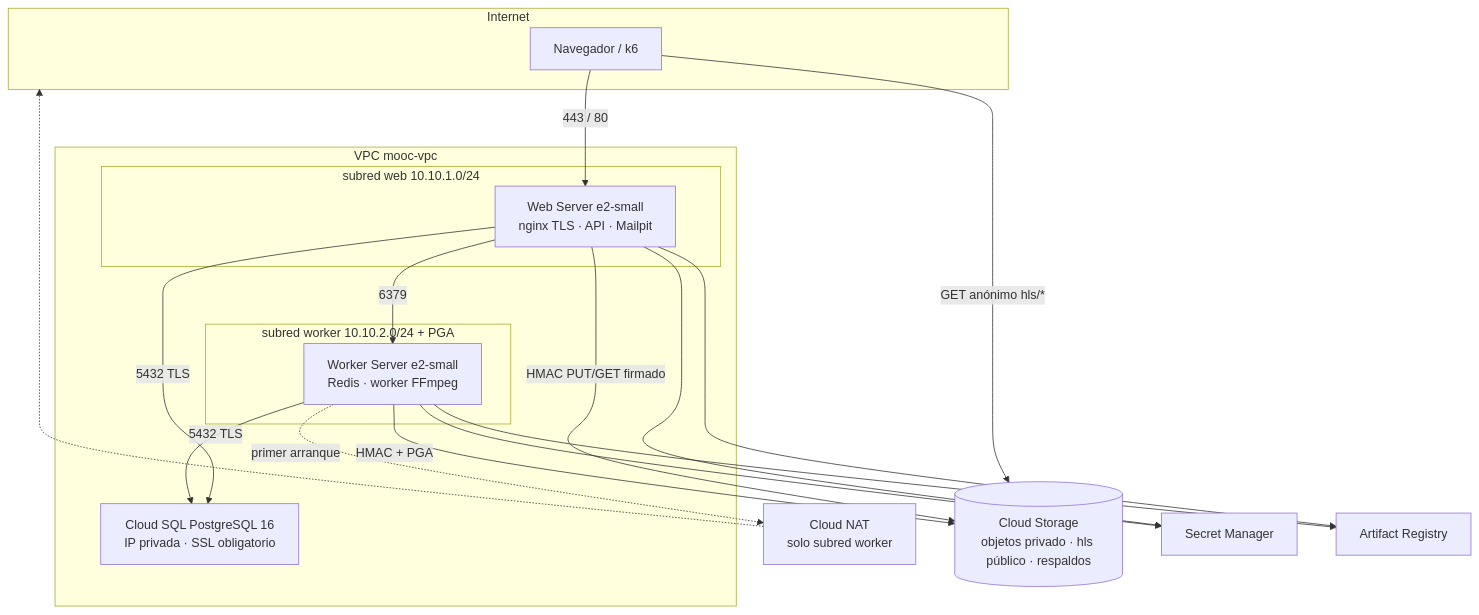
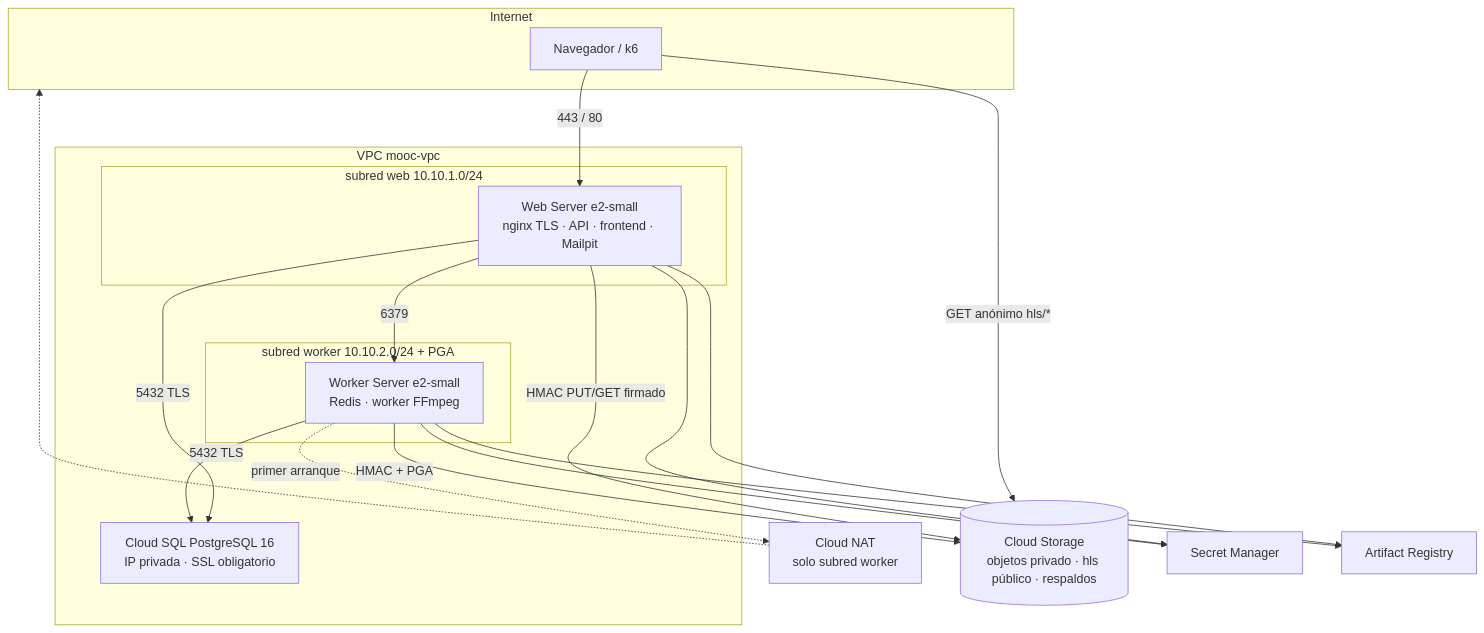
Before and after one commit to DES-SOLUCIONES-CLOUD/proyecto-1: the diagram in docs/entrega2/despliegue.md, drawn with Mermaid. The commit also changed 14 other files, not shown here.

````diff
--- a/docs/entrega2/despliegue.md
+++ b/docs/entrega2/despliegue.md
@@ -6,32 +6,32 @@
 ```mermaid
 flowchart TB
   subgraph Internet
     U[Navegador / k6]
   end
   subgraph VPC["VPC mooc-vpc"]
     subgraph SW["subred web 10.10.1.0/24"]
-      WEB["Web Server e2-small<br/>nginx TLS · API · Mailpit"]
+      WEB["Web Server e2-small<br/>nginx TLS · API · frontend · Mailpit"]
     end
     subgraph SK["subred worker 10.10.2.0/24 + PGA"]
       WRK["Worker Server e2-small<br/>Redis · worker FFmpeg"]
     end
     SQL["Cloud SQL PostgreSQL 16<br/>IP privada · SSL obligatorio"]
   end
   NAT["Cloud NAT<br/>solo subred worker"]
   GCS[("Cloud Storage<br/>objetos privado · hls público · respaldos")]
   SM[Secret Manager]
   AR[Artifact Registry]
   U -->|443 / 80| WEB
   WEB -->|6379| WRK
   WEB -->|5432 TLS| SQL
   WRK -->|5432 TLS| SQL
   WEB -->|HMAC PUT/GET firmado| GCS
   WRK -->|HMAC + PGA| GCS
   U -->|GET anónimo hls/*| GCS
   WRK -.->|primer arranque| NAT
   NAT -.-> Internet
   WEB --> SM
   WRK --> SM
   WEB --> AR
   WRK --> AR
 ```
````
